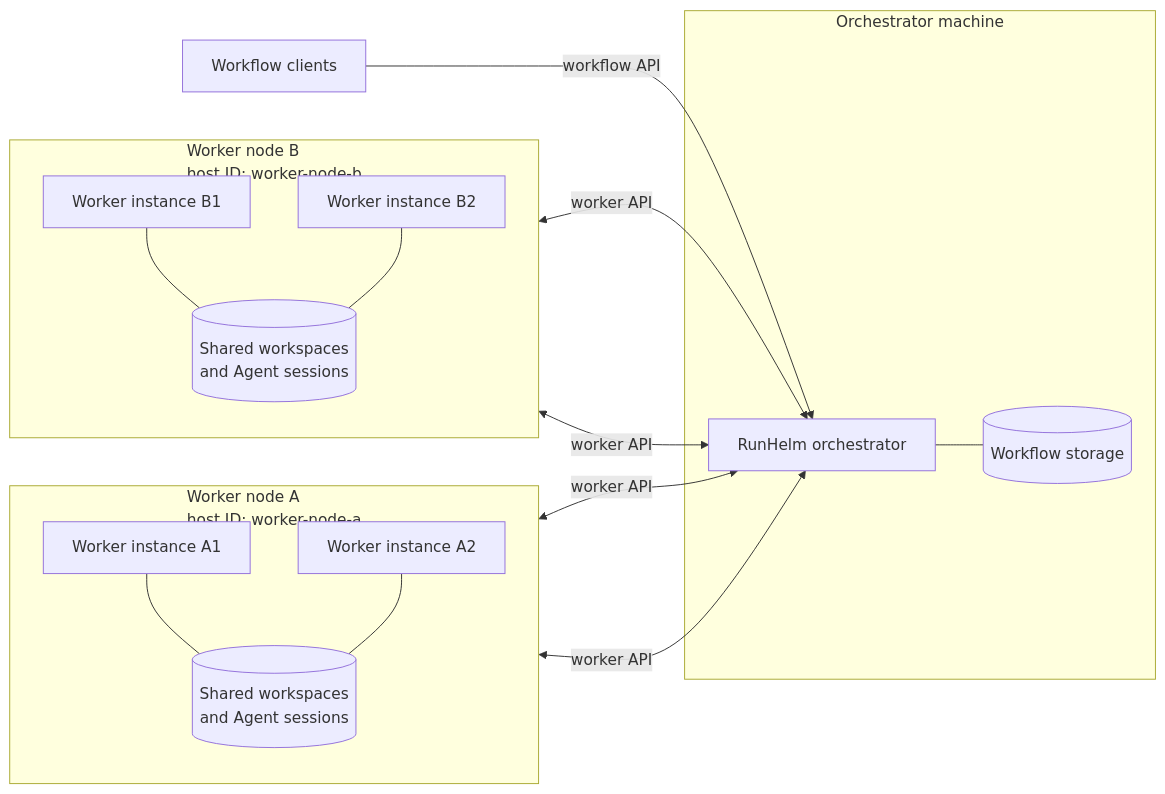
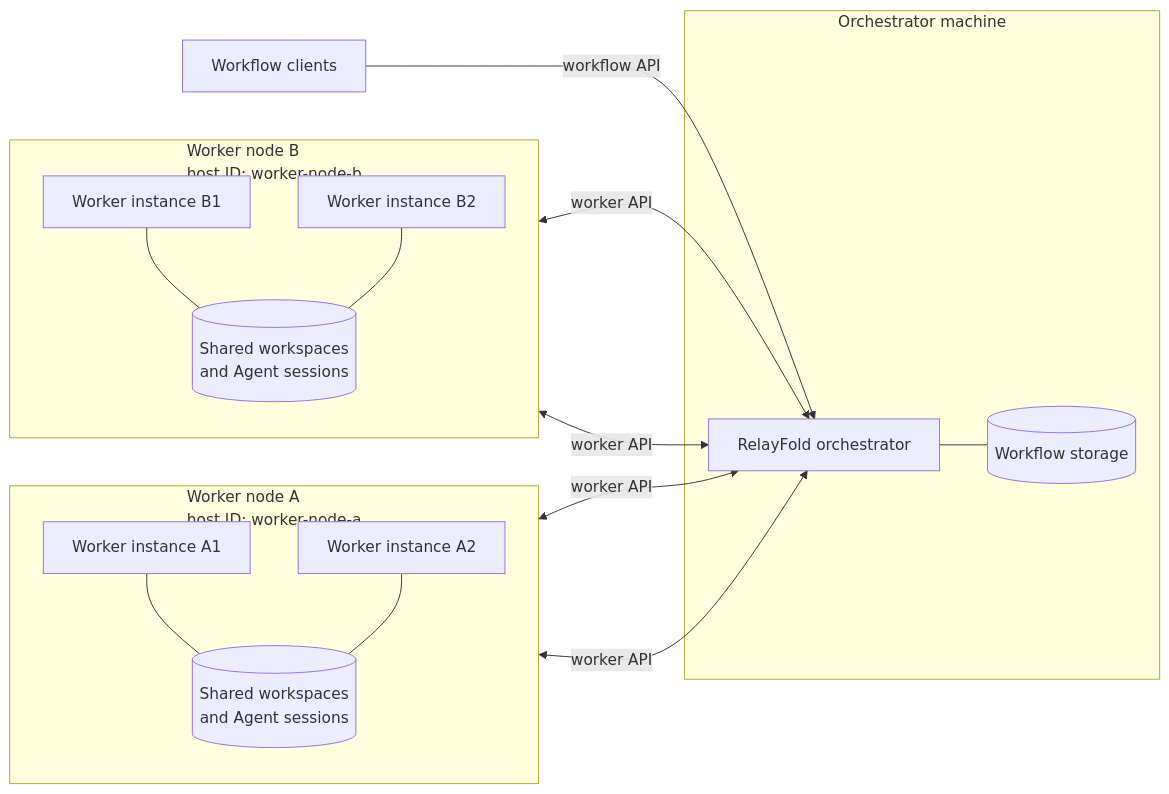
Before and after one commit to markosski/relayfold: the diagram in website/src/content/docs/docs/operations/scaling.md, drawn with Mermaid. The commit also changed other lines of this file and 139 other files, not shown here.

```diff
--- a/website/src/content/docs/docs/operations/scaling.md
+++ b/website/src/content/docs/docs/operations/scaling.md
@@ -21,34 +21,34 @@
 <pre class="mermaid">
 flowchart LR
     C["Workflow clients"]
 
     subgraph OM["Orchestrator machine"]
-        O["RunHelm orchestrator"]
+        O["RelayFold orchestrator"]
         S[("Workflow storage")]
         O --- S
     end
 
     subgraph WNA["Worker node A<br/>host ID: worker-node-a"]
         direction TB
         A1["Worker instance A1"]
         A2["Worker instance A2"]
         AS[("Shared workspaces<br/>and Agent sessions")]
         A1 --- AS
         A2 --- AS
     end
 
     subgraph WNB["Worker node B<br/>host ID: worker-node-b"]
         direction TB
         B1["Worker instance B1"]
         B2["Worker instance B2"]
         BS[("Shared workspaces<br/>and Agent sessions")]
         B1 --- BS
         B2 --- BS
     end
 
     C -->|"workflow API"| O
     A1 <-->|"worker API"| O
     A2 <-->|"worker API"| O
     B1 <-->|"worker API"| O
     B2 <-->|"worker API"| O
 </pre>
```
